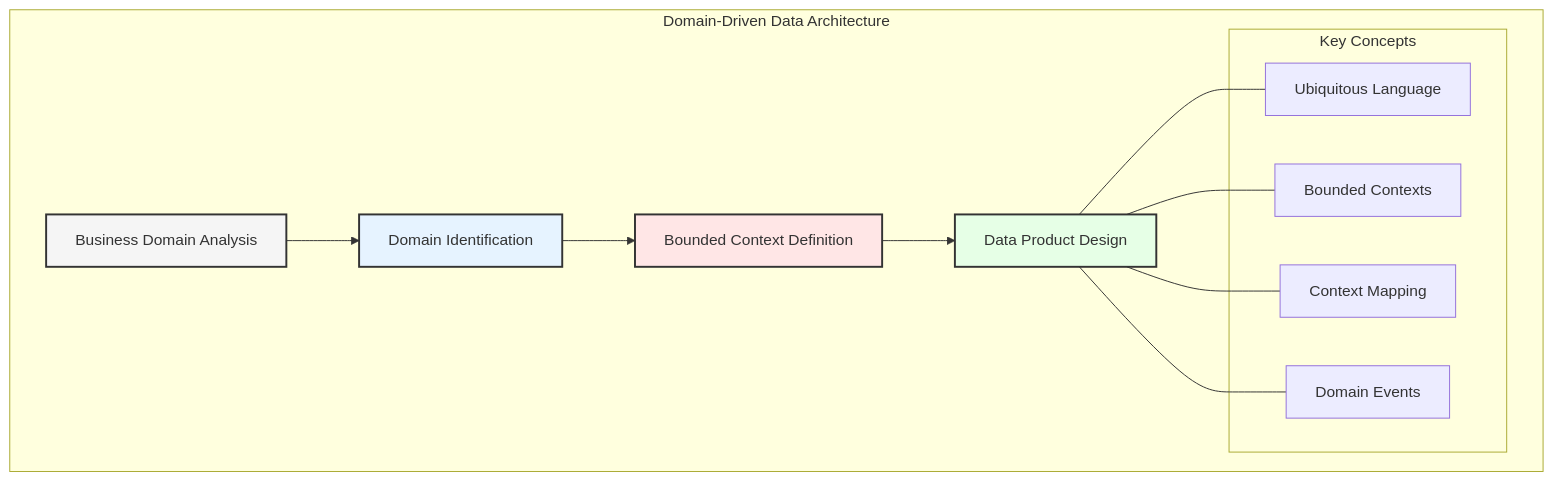
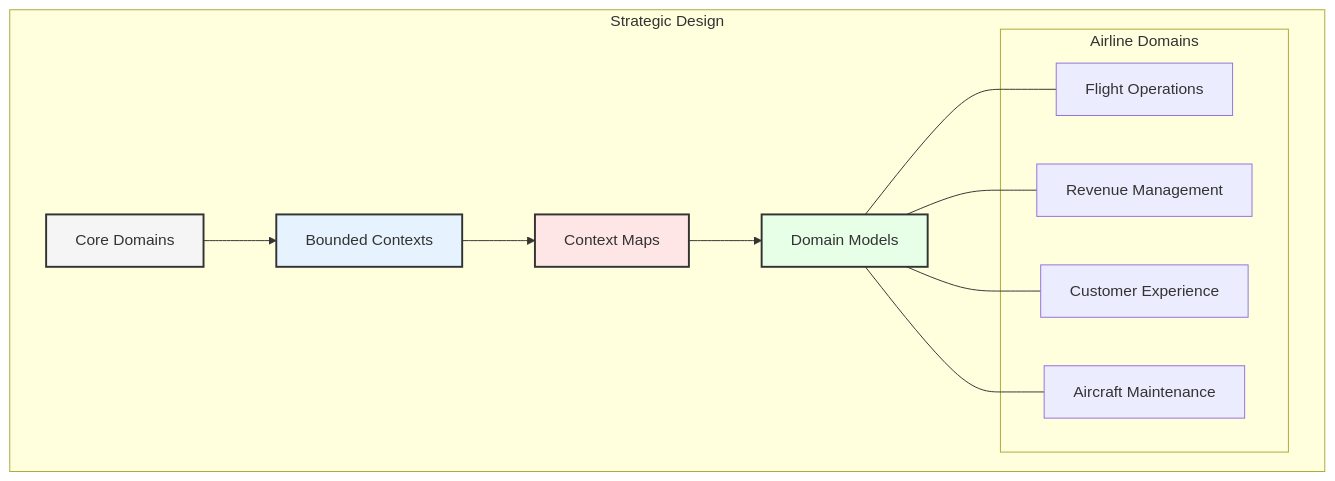
The first of 7 diagrams in enterprise_data_architecture/chapters/04_domain_driven.md (data-octo/agentic_ai_research), drawn with Mermaid before and after one commit. The commit also changed other lines of this file and 11 other files, not shown here.

````diff
--- a/enterprise_data_architecture/chapters/04_domain_driven.md
+++ b/enterprise_data_architecture/chapters/04_domain_driven.md
@@ -7,25 +7,25 @@
 ```mermaid
 graph TB
-    subgraph "Domain-Driven Data Architecture"
-        A[Business Domain Analysis] --> B[Domain Identification]
-        B --> C[Bounded Context Definition]
-        C --> D[Data Product Design]
+    subgraph "Strategic Design"
+        A[Core Domains] --> B[Bounded Contexts]
+        B --> C[Context Maps]
+        C --> D[Domain Models]
         
-        subgraph "Key Concepts"
-            E[Ubiquitous Language]
-            F[Bounded Contexts]
-            G[Context Mapping]
-            H[Domain Events]
+        subgraph "Airline Domains"
+            E[Flight Operations]
+            F[Revenue Management]
+            G[Customer Experience]
+            H[Aircraft Maintenance]
         end
         
         D --- E
         D --- F
         D --- G
         D --- H
     end
     
     style A fill:#f5f5f5,stroke:#333,stroke-width:2px
     style B fill:#e6f3ff,stroke:#333,stroke-width:2px
     style C fill:#ffe6e6,stroke:#333,stroke-width:2px
     style D fill:#e6ffe6,stroke:#333,stroke-width:2px
 ```
````
